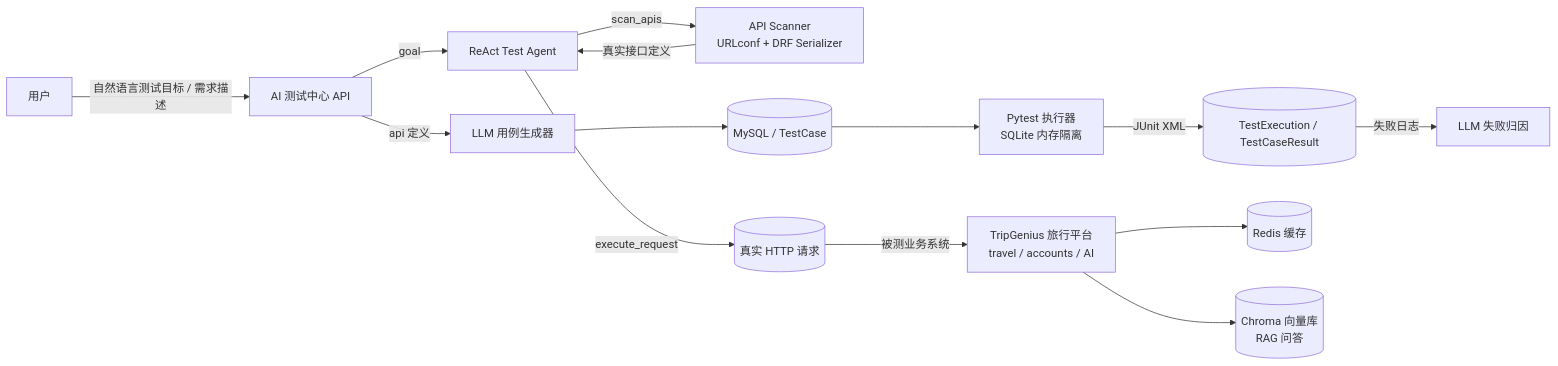
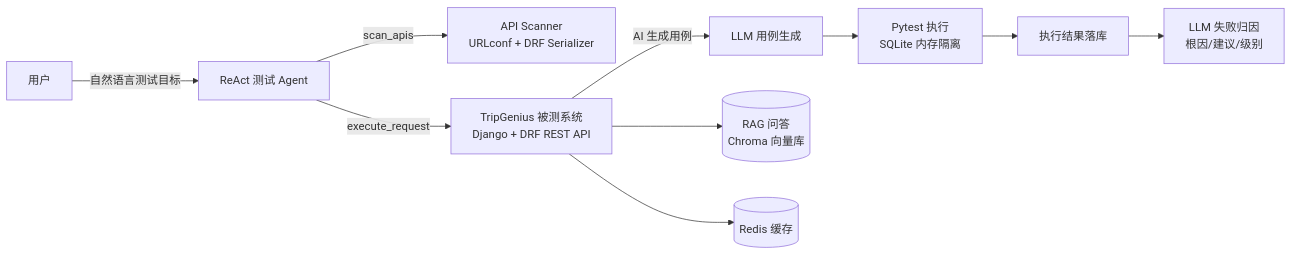
Before and after one commit to wangxinyi0707/ReAct-Intelligent-Test-Agent: the diagram in README.md, drawn with Mermaid. The commit also changed other lines of this file, not shown here.

````diff
--- a/README.md
+++ b/README.md
@@ -22,16 +18,12 @@
 ```mermaid
 flowchart LR
-    U[用户] -->|自然语言测试目标 / 需求描述| A[AI 测试中心 API]
-    A -->|goal| AG[ReAct Test Agent]
+    U[用户] -->|自然语言测试目标| AG[ReAct 测试 Agent]
     AG -->|scan_apis| SC[API Scanner<br/>URLconf + DRF Serializer]
-    SC -->|真实接口定义| AG
-    AG -->|execute_request| HTTP[(真实 HTTP 请求)]
-    A -->|api 定义| GEN[LLM 用例生成器]
-    GEN --> DB[(MySQL / TestCase)]
-    DB --> EX[Pytest 执行器<br/>SQLite 内存隔离]
-    EX -->|JUnit XML| RS[(TestExecution / TestCaseResult)]
-    RS -->|失败日志| FA[LLM 失败归因]
-    HTTP -->|被测业务系统| T[TripGenius 旅行平台<br/>travel / accounts / AI]
-    T --> REDIS[(Redis 缓存)]
-    T --> RAG[(Chroma 向量库<br/>RAG 问答)]
+    AG -->|execute_request| SYS[TripGenius 被测系统<br/>Django + DRF REST API]
+    SYS -->|AI 生成用例| GEN[LLM 用例生成]
+    GEN --> EX[Pytest 执行<br/>SQLite 内存隔离]
+    EX --> RS[执行结果落库]
+    RS --> FA[LLM 失败归因<br/>根因/建议/级别]
+    SYS --> RAG[(RAG 问答<br/>Chroma 向量库)]
+    SYS --> RD[(Redis 缓存)]
 ```
````
